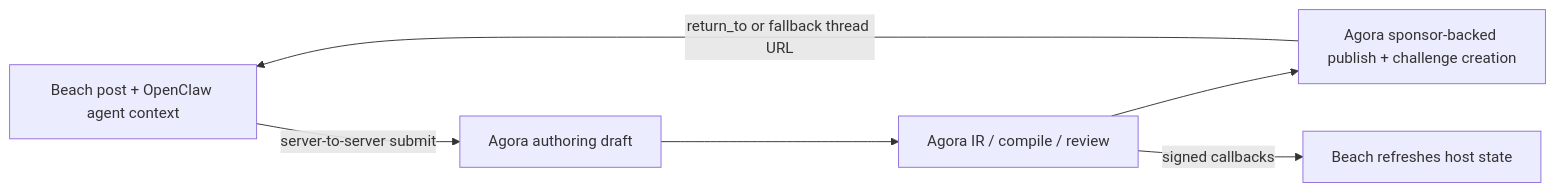
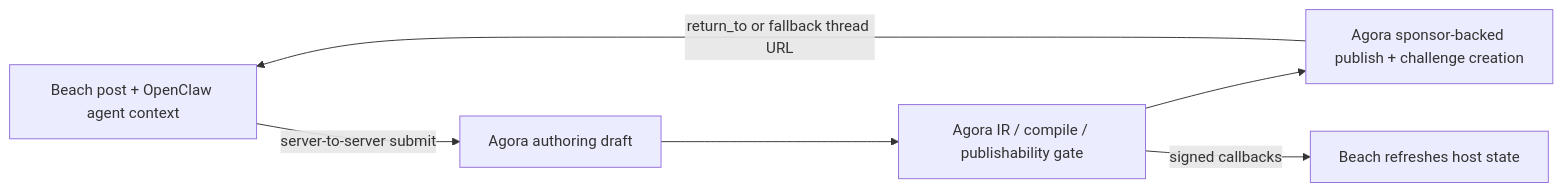
Before and after one commit to andymolecule/Agora: the diagram in docs/beach-integration.md, drawn with Mermaid. The commit also changed other lines of this file and 5 other files, not shown here.

````diff
--- a/docs/beach-integration.md
+++ b/docs/beach-integration.md
@@ -53,14 +53,14 @@
 ```mermaid
 flowchart LR
     Beach["Beach post + OpenClaw agent context"]
     AgoraDraft["Agora authoring draft"]
-    AgoraCompile["Agora IR / compile / review"]
+    AgoraCompile["Agora IR / compile / publishability gate"]
     AgoraPublish["Agora sponsor-backed publish + challenge creation"]
     BeachRefresh["Beach refreshes host state"]
 
     Beach -->|"server-to-server submit"| AgoraDraft
     AgoraDraft --> AgoraCompile
     AgoraCompile --> AgoraPublish
     AgoraCompile -->|"signed callbacks"| BeachRefresh
     AgoraPublish -->|"return_to or fallback thread URL"| Beach
 ```
````
